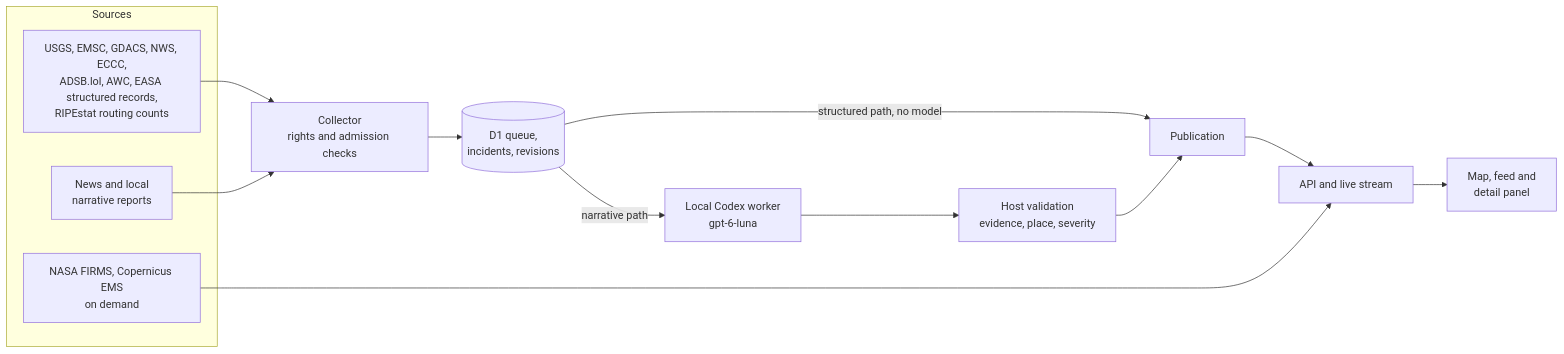
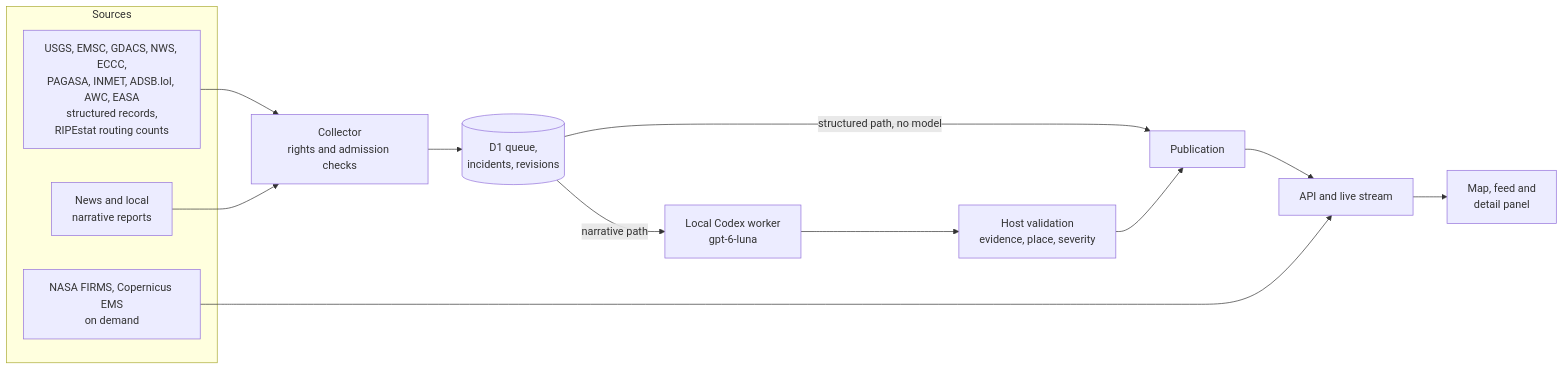
Before and after one commit to fortunexbt/world-watch: the diagram in README.md, drawn with Mermaid. The commit also changed other lines of this file and 21 other files, not shown here.

````diff
--- a/README.md
+++ b/README.md
@@ -36,18 +36,18 @@
 ```mermaid
 flowchart LR
   subgraph Sources
-    S1[USGS, EMSC, GDACS, NWS, ECCC,<br/>ADSB.lol, AWC, EASA structured records,<br/>RIPEstat routing counts]
+    S1[USGS, EMSC, GDACS, NWS, ECCC,<br/>PAGASA, INMET, ADSB.lol, AWC, EASA<br/>structured records,<br/>RIPEstat routing counts]
     S2[News and local<br/>narrative reports]
     S3[NASA FIRMS, Copernicus EMS<br/>on demand]
   end
   S1 --> C[Collector<br/>rights and admission checks]
   S2 --> C
   C --> D[(D1 queue,<br/>incidents, revisions)]
   D -->|structured path, no model| P[Publication]
   D -->|narrative path| W[Local Codex worker<br/>gpt-6-luna]
   W --> V[Host validation<br/>evidence, place, severity]
   V --> P
   P --> A[API and live stream]
   S3 --> A
   A --> M[Map, feed and<br/>detail panel]
 ```
````
